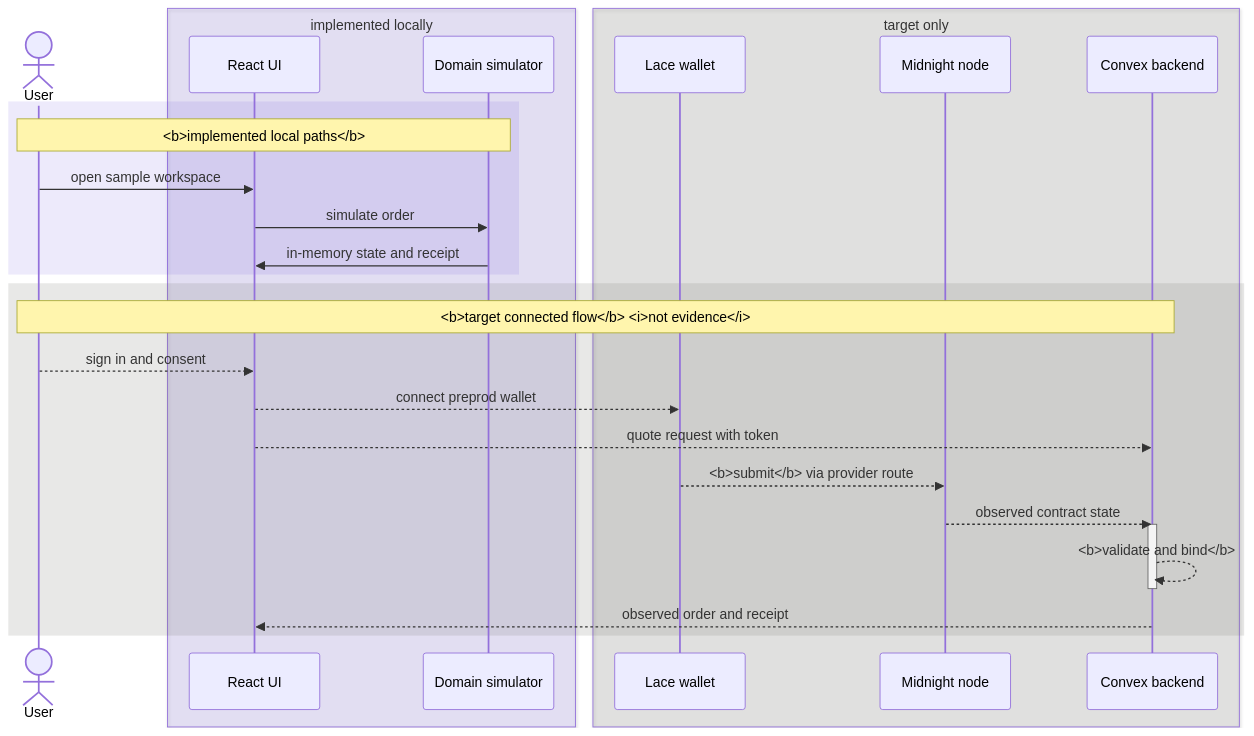
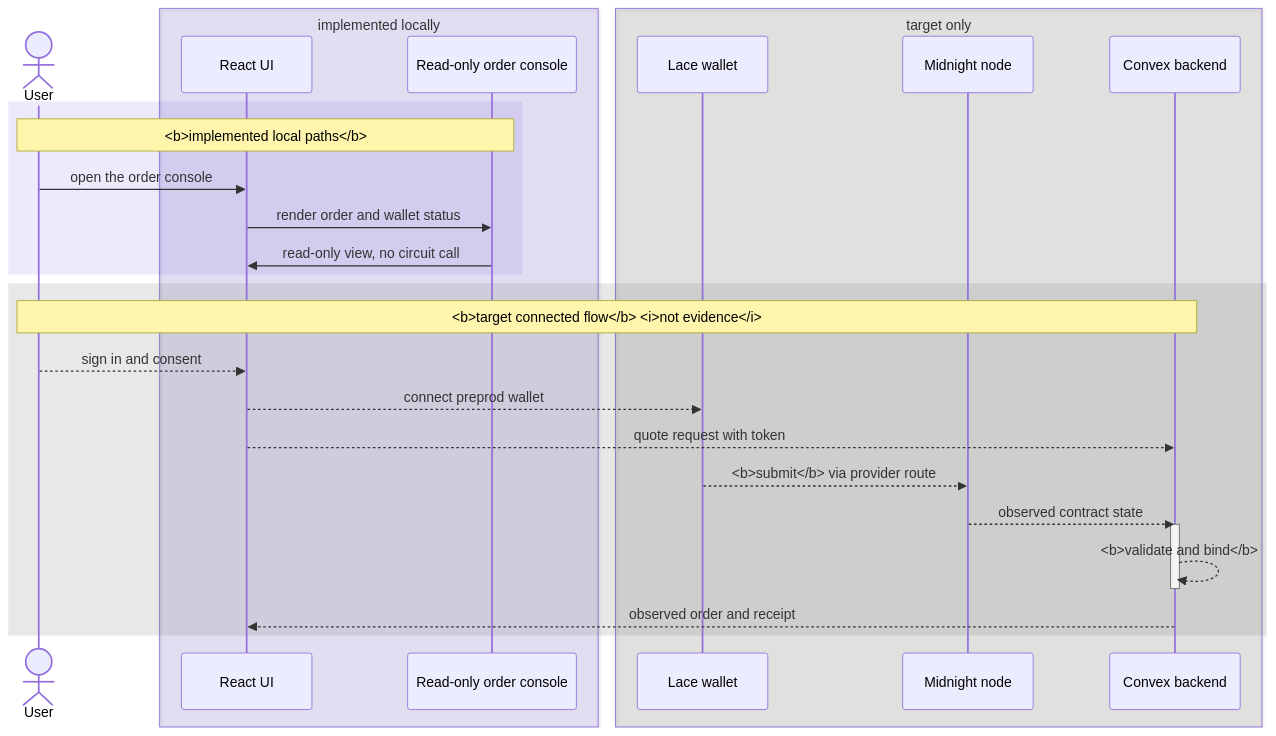
One commit to symulacr/milo changed the diagram in README.md. Above: the diagram before and after it, drawn with Mermaid. The commit also changed other lines of this file and 120 other files, not shown here.

````diff
--- a/README.md
+++ b/README.md
@@ -32,35 +108,35 @@
 ```mermaid
 sequenceDiagram
     accTitle: Milo local and target paths
     accDescr: Solid arrows are implemented locally. Dashed arrows are the target flow.
 
     actor User
     box rgba(84, 52, 215, 0.12) implemented locally
         participant UI as React UI
-        participant Local as Domain simulator
+        participant Console as Read-only order console
     end
     box rgba(92, 90, 87, 0.14) target only
         participant Wallet as Lace wallet
         participant Chain as Midnight node
         participant API as Convex backend
     end
 
     rect rgba(84, 52, 215, 0.10)
-        Note over User,Local: <b>implemented local paths</b>
-        User->>UI: open sample workspace
-        UI->>Local: simulate order
-        Local->>UI: in-memory state and receipt
+        Note over User,Console: <b>implemented local paths</b>
+        User->>UI: open the order console
+        UI->>Console: render order and wallet status
+        Console->>UI: read-only view, no circuit call
     end
     rect rgba(92, 90, 87, 0.14)
         Note over User,API: <b>target connected flow</b> <i>not evidence</i>
         User-->>UI: sign in and consent
         UI-->>Wallet: connect preprod wallet
         UI-->>API: quote request with token
         Wallet-->>Chain: <b>submit</b> via provider route
         Chain-->>API: observed contract state
         activate API
         API-->>API: <b>validate and bind</b>
         deactivate API
         API-->>UI: observed order and receipt
     end
 ```
````
